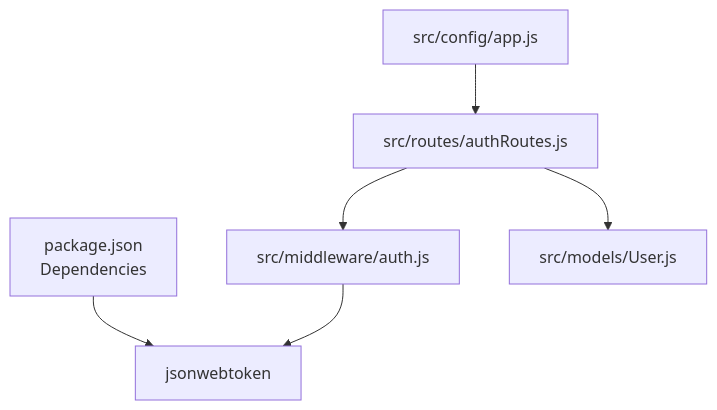
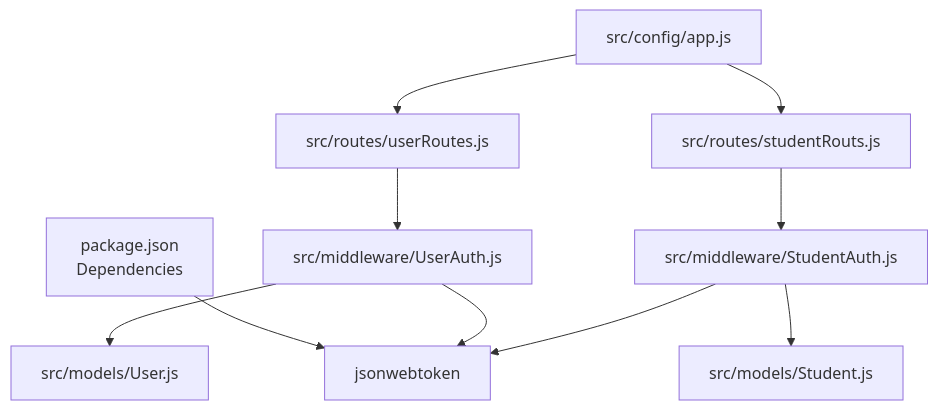
One commit to Mreng78/khirocom_project changed the third of 3 diagrams in .qoder/repowiki/en/content/Authentication & Authorization/JWT Authentication Implementation.md. Above: the diagram before and after it, drawn with Mermaid. The commit also changed other lines of this file and 17 other files, not shown here.

````diff
--- a/.qoder/repowiki/en/content/Authentication & Authorization/JWT Authentication Implementation.md
+++ b/.qoder/repowiki/en/content/Authentication & Authorization/JWT Authentication Implementation.md
@@ -203,8 +412,12 @@
 ```mermaid
 graph TB
 Package["package.json<br/>Dependencies"] --> JWT["jsonwebtoken"]
-App["src/config/app.js"] --> Routes["src/routes/authRoutes.js"]
-Routes --> Middleware["src/middleware/auth.js"]
-Middleware --> JWT
-Routes --> Models["src/models/User.js"]
+App["src/config/app.js"] --> UserRoutes["src/routes/userRoutes.js"]
+App --> StudentRoutes["src/routes/studentRouts.js"]
+UserRoutes --> UserAuth["src/middleware/UserAuth.js"]
+StudentRoutes --> StudentAuth["src/middleware/StudentAuth.js"]
+UserAuth --> User["src/models/User.js"]
+StudentAuth --> Student["src/models/Student.js"]
+UserAuth --> JWT
+StudentAuth --> JWT
 ```
````
